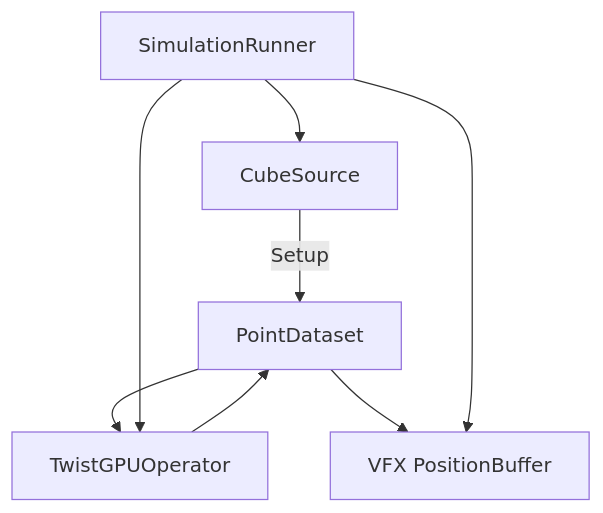
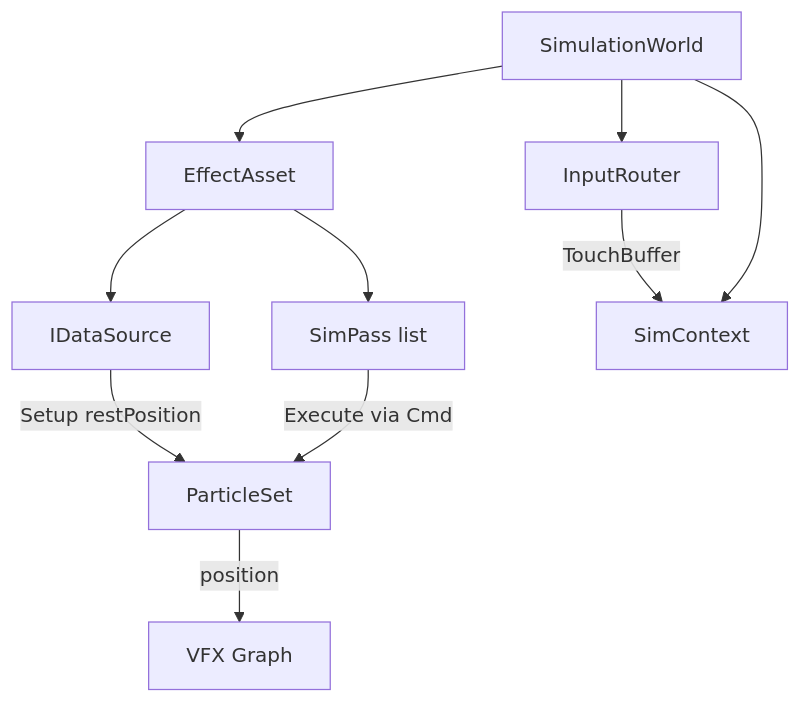
Before and after one commit to slon1/VFX-Graph_-2026-07-19_18-14-53: the diagram in DOC/status.md, drawn with Mermaid. The commit also changed other lines of this file and 75 other files, not shown here.

Commit message:
malst1 fbs particle set

````diff
--- a/DOC/status.md
+++ b/DOC/status.md
@@ -22,10 +24,13 @@
 ```mermaid
 flowchart TB
-  Cube[CubeSource] -->|Setup| DS[PointDataset]
-  DS --> Op[TwistGPUOperator]
-  Op --> DS
-  DS --> VFX[VFX PositionBuffer]
-  Runner[SimulationRunner] --> Cube
-  Runner --> Op
-  Runner --> VFX
+  Asset[EffectAsset]
+  Asset --> Source[IDataSource]
+  Asset --> Passes[SimPass list]
+  Source -->|Setup restPosition| PS[ParticleSet]
+  World[SimulationWorld] --> Asset
+  World --> Input[InputRouter]
+  Input -->|TouchBuffer| Ctx[SimContext]
+  World --> Ctx
+  Passes -->|Execute via Cmd| PS
+  PS -->|position| VFX[VFX Graph]
 ```
````
